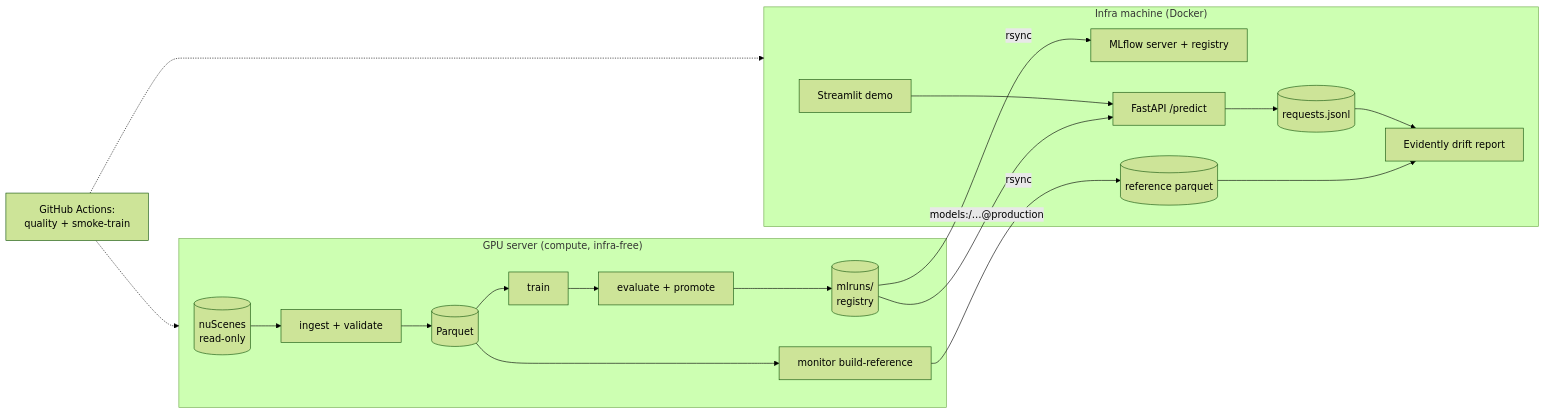
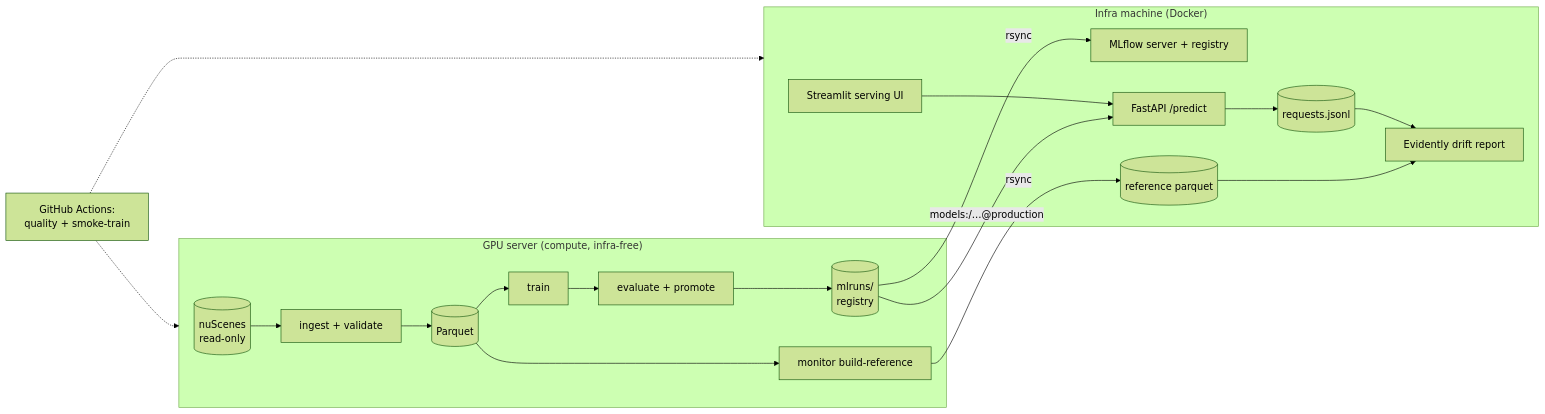
The diagram in README.md (Sahilpatkar/nuscenes-data-engine), drawn with Mermaid (forest theme) before and after one commit. The commit also changed other lines of this file and 3 other files, not shown here.

Commit message:
demo: Phase 8 final-review follow-ups (serving-UI wording, reveal docs, screenshot script no-click + compression, clone size, pass-rate note)

````diff
--- a/README.md
+++ b/README.md
@@ -60,19 +60,19 @@
 ```mermaid
 flowchart LR
     subgraph GPU["GPU server (compute, infra-free)"]
         NS[(nuScenes<br/>read-only)] --> ING[ingest + validate] --> PQ[(Parquet)]
         PQ --> TR[train] --> EV[evaluate + promote] --> ML[(mlruns/<br/>registry)]
         PQ --> REF[monitor build-reference]
     end
     subgraph INFRA["Infra machine (Docker)"]
         MLS[MLflow server + registry]
         API[FastAPI /predict] --> CAP[(requests.jsonl)]
-        ST[Streamlit demo] --> API
+        ST[Streamlit serving UI] --> API
         CAP --> DRIFT[Evidently drift report]
         REFP[(reference parquet)] --> DRIFT
     end
     ML -- rsync --> MLS
     ML -- "models:/…@production" --> API
     REF -- rsync --> REFP
     CI[GitHub Actions:<br/>quality + smoke-train] -.-> GPU & INFRA
 ```
````
